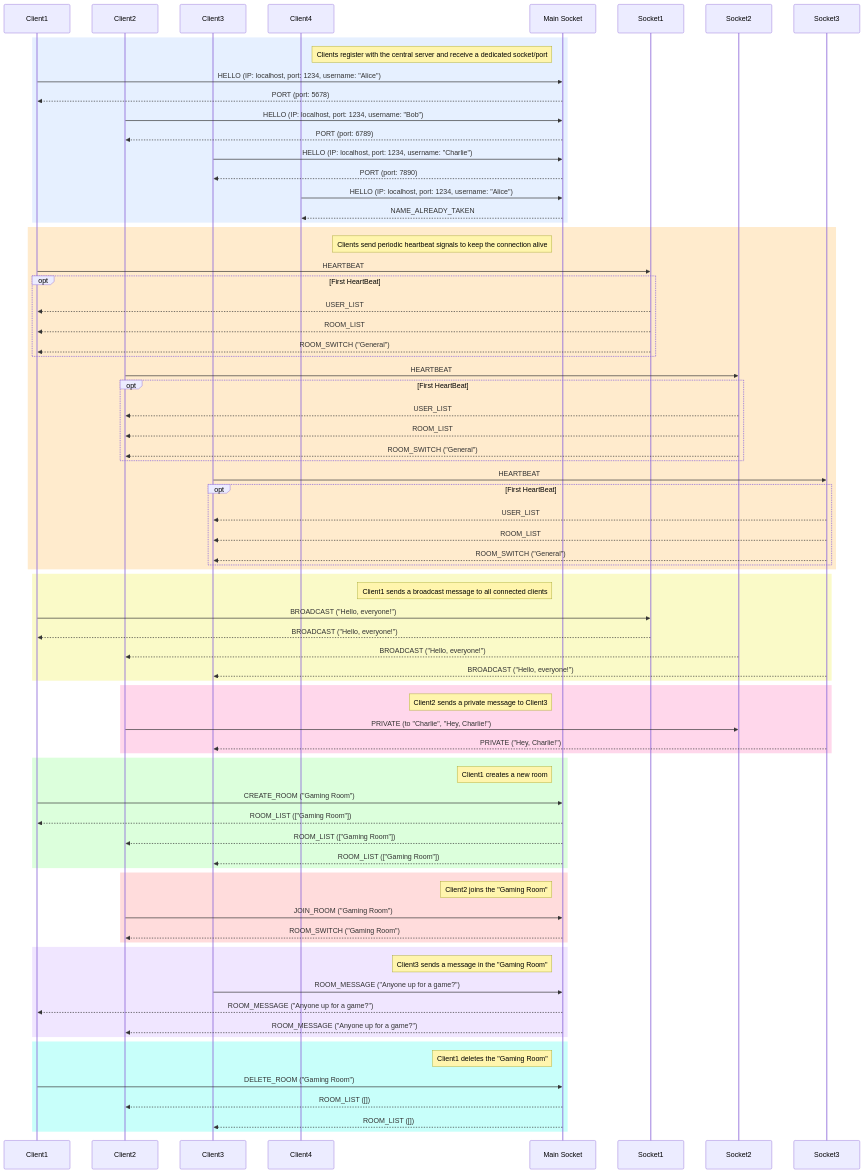
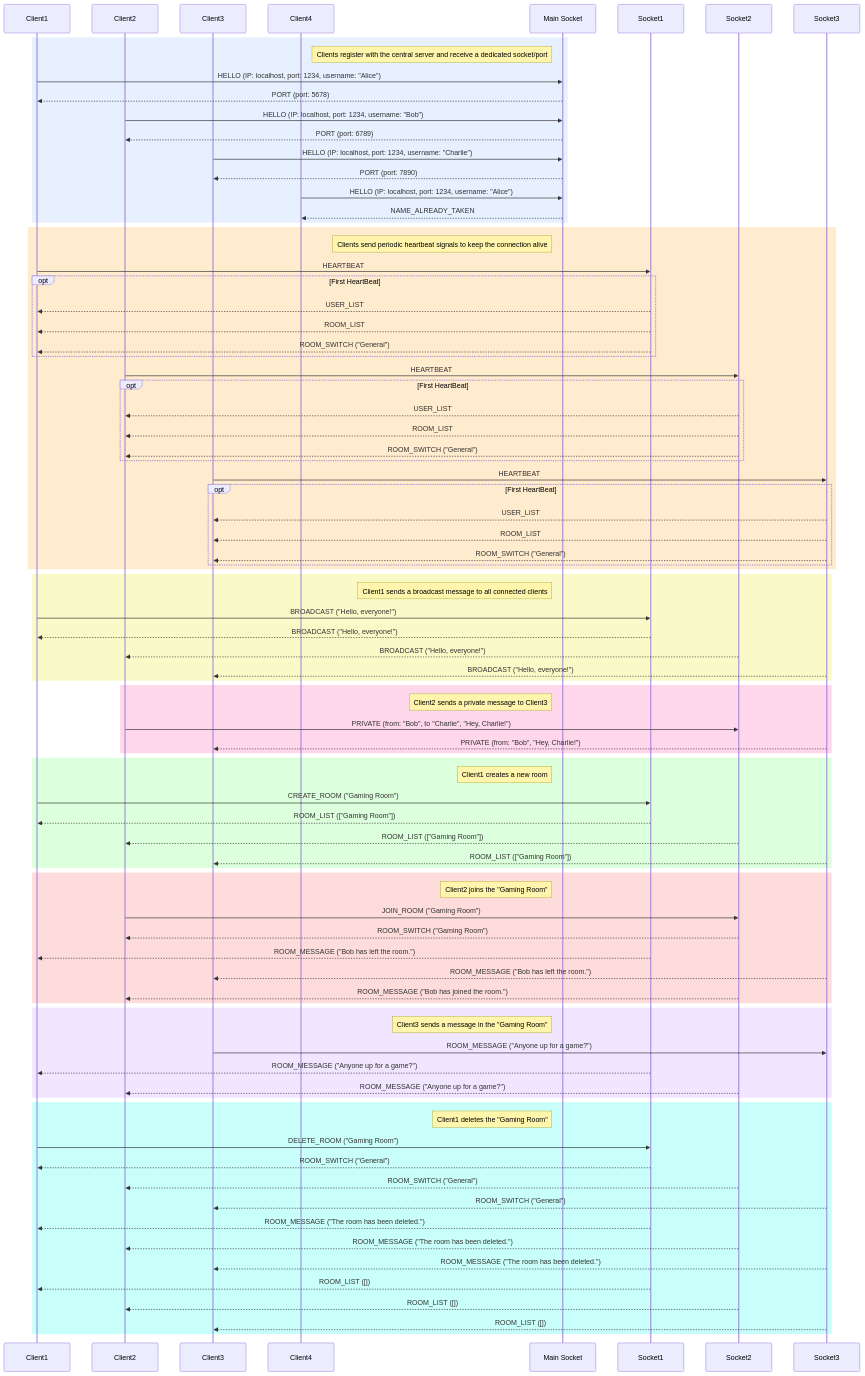
The second of 2 diagrams in readme.md (FlashOnFire/tpudp), drawn with Mermaid before and after one commit.

Commit message:
Update sequence diagram to reflect socket communication

````diff
--- a/readme.md
+++ b/readme.md
@@ -175,35 +175,45 @@
 
     rect rgb(255,215,235)
         note left of CentralServer: Client2 sends a private message to Client3
-        Client2 ->> Socket2: PRIVATE (to "Charlie", "Hey, Charlie!")
-        Socket3 -->> Client3: PRIVATE ("Hey, Charlie!")
+        Client2 ->> Socket2: PRIVATE (from: "Bob", to "Charlie", "Hey, Charlie!")
+        Socket3 -->> Client3: PRIVATE (from: "Bob", "Hey, Charlie!")
     end
 
     rect rgb(220,255,220)
         note left of CentralServer: Client1 creates a new room
-        Client1 ->> CentralServer: CREATE_ROOM ("Gaming Room")
-        CentralServer -->> Client1: ROOM_LIST (["Gaming Room"])
-        CentralServer -->> Client2: ROOM_LIST (["Gaming Room"])
-        CentralServer -->> Client3: ROOM_LIST (["Gaming Room"])
+        Client1 ->> Socket1: CREATE_ROOM ("Gaming Room")
+        Socket1 -->> Client1: ROOM_LIST (["Gaming Room"])
+        Socket2 -->> Client2: ROOM_LIST (["Gaming Room"])
+        Socket3 -->> Client3: ROOM_LIST (["Gaming Room"])
     end
 
     rect rgb(255,220,220)
         note left of CentralServer: Client2 joins the "Gaming Room"
-        Client2 ->> CentralServer: JOIN_ROOM ("Gaming Room")
-        CentralServer -->> Client2: ROOM_SWITCH ("Gaming Room")
+        Client2 ->> Socket2: JOIN_ROOM ("Gaming Room")
+        Socket2 -->> Client2: ROOM_SWITCH ("Gaming Room")
+        Socket1 -->> Client1: ROOM_MESSAGE ("Bob has left the room.")
+        Socket3 -->> Client3: ROOM_MESSAGE ("Bob has left the room.")
+        Socket2 -->> Client2: ROOM_MESSAGE ("Bob has joined the room.")
     end
 
     rect rgb(240,230,255)
         note left of CentralServer: Client3 sends a message in the "Gaming Room"
-        Client3 ->> CentralServer: ROOM_MESSAGE ("Anyone up for a game?")
-        CentralServer -->> Client1: ROOM_MESSAGE ("Anyone up for a game?")
-        CentralServer -->> Client2: ROOM_MESSAGE ("Anyone up for a game?")
+        Client3 ->> Socket3: ROOM_MESSAGE ("Anyone up for a game?")
+        Socket1 -->> Client1: ROOM_MESSAGE ("Anyone up for a game?")
+        Socket2 -->> Client2: ROOM_MESSAGE ("Anyone up for a game?")
     end
 
     rect rgb(200,255,250)
         note left of CentralServer: Client1 deletes the "Gaming Room"
-        Client1 ->> CentralServer: DELETE_ROOM ("Gaming Room")
-        CentralServer -->> Client2: ROOM_LIST ([])
-        CentralServer -->> Client3: ROOM_LIST ([])
+        Client1 ->> Socket1: DELETE_ROOM ("Gaming Room")
+        Socket1 -->> Client1: ROOM_SWITCH ("General")
+        Socket2 -->> Client2: ROOM_SWITCH ("General")
+        Socket3 -->> Client3: ROOM_SWITCH ("General")
+        Socket1 -->> Client1: ROOM_MESSAGE ("The room has been deleted.")
+        Socket2 -->> Client2: ROOM_MESSAGE ("The room has been deleted.")
+        Socket3 -->> Client3: ROOM_MESSAGE ("The room has been deleted.")
+        Socket1 -->> Client1: ROOM_LIST ([])
+        Socket2 -->> Client2: ROOM_LIST ([])
+        Socket3 -->> Client3: ROOM_LIST ([])
     end
 ```
````
